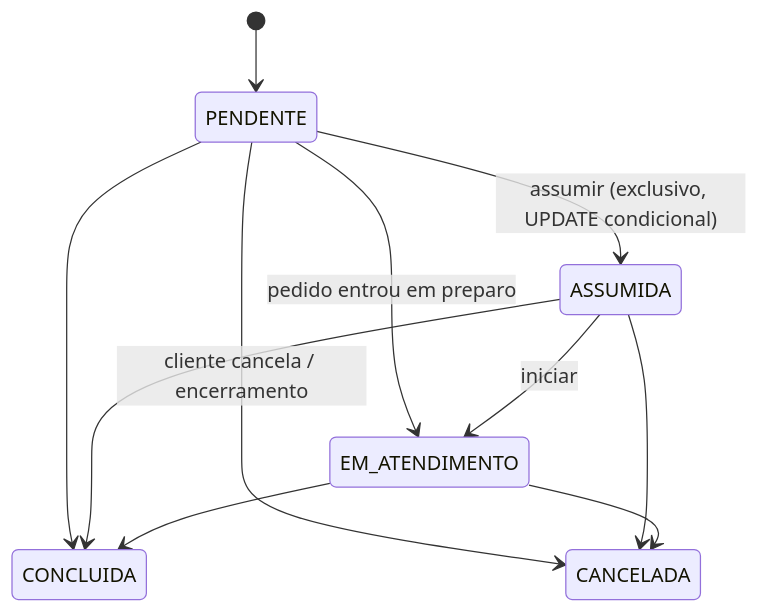
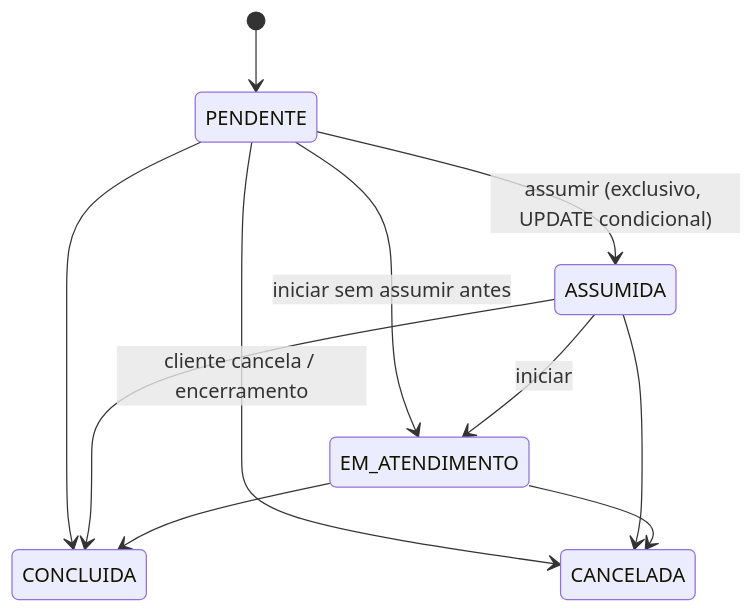
One commit to andradepv/ANDRIPA-Sistema-Atendimento changed the second of 2 diagrams in docs/03-estados.md. Above: the diagram before and after it, drawn with Mermaid. The commit also changed other lines of this file and 77 other files, not shown here.

````diff
--- a/docs/03-estados.md
+++ b/docs/03-estados.md
@@ -25,13 +24,13 @@
 ```mermaid
 stateDiagram-v2
     [*] --> PENDENTE
     PENDENTE --> ASSUMIDA: assumir (exclusivo, UPDATE condicional)
-    PENDENTE --> EM_ATENDIMENTO: pedido entrou em preparo
+    PENDENTE --> EM_ATENDIMENTO: iniciar sem assumir antes
     PENDENTE --> CONCLUIDA
     PENDENTE --> CANCELADA: cliente cancela / encerramento
     ASSUMIDA --> EM_ATENDIMENTO: iniciar
     ASSUMIDA --> CONCLUIDA
     ASSUMIDA --> CANCELADA
     EM_ATENDIMENTO --> CONCLUIDA
     EM_ATENDIMENTO --> CANCELADA
 ```
````
